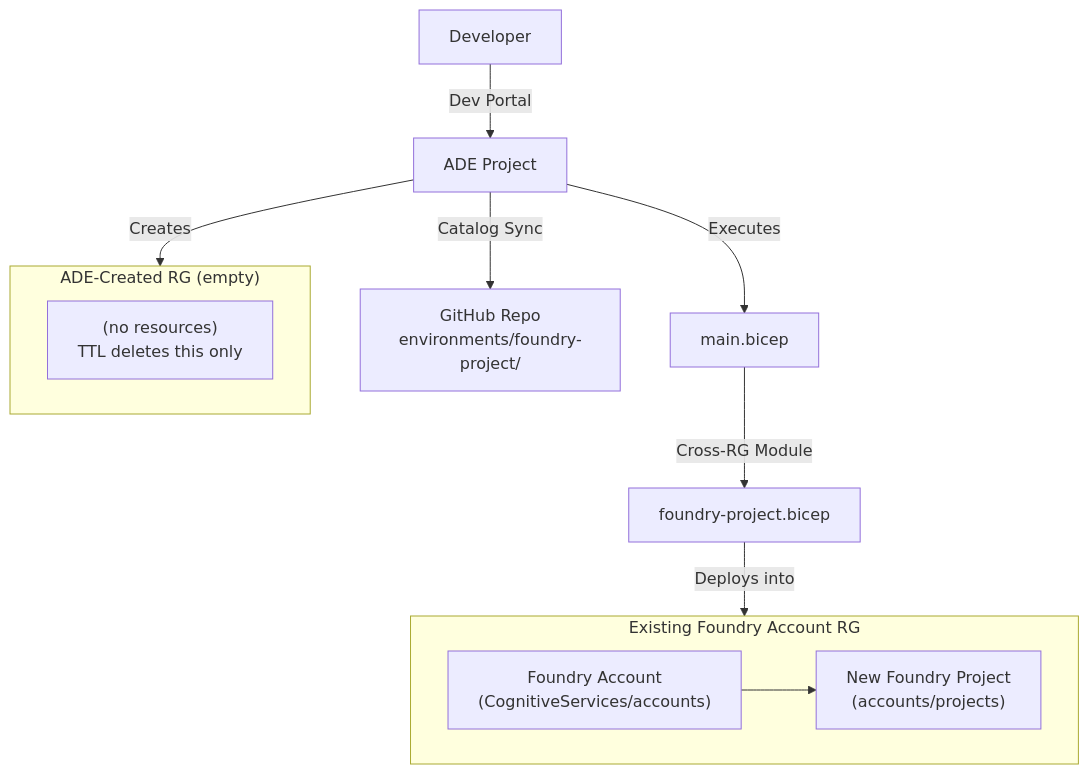
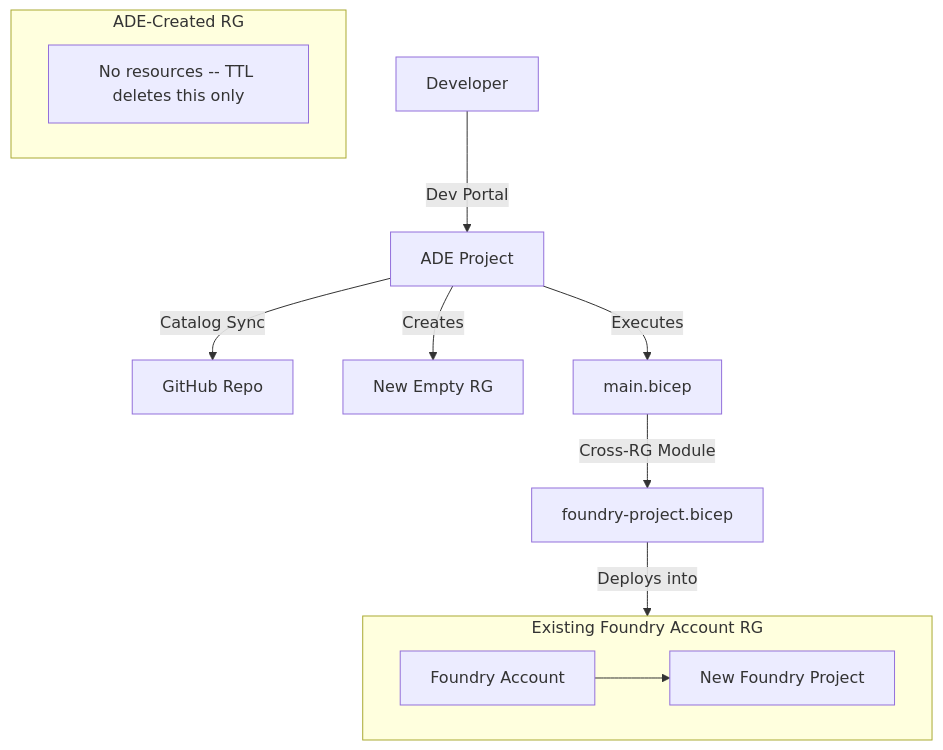
Before and after one commit to PennStateLefty/foundry-project-stack: the first of 2 diagrams in docs/ade-approach.md, drawn with Mermaid. The commit also changed other lines of this file and 1 other file, not shown here.

Commit message:
fix: resolve Mermaid syntax errors in ADE and GHA pages
- ADE: node IDs reused as subgraph IDs caused parse errors; renamed
  subgraph IDs and removed emoji from node labels
- GHA: Unicode arrow and emoji in labels caused parse errors; simplified
  labels. Flattened security layers subgraph to plain chain.

````diff
--- a/docs/ade-approach.md
+++ b/docs/ade-approach.md
@@ -22,19 +22,17 @@
 ```mermaid
 flowchart TB
   Dev["Developer"] -->|"Dev Portal"| ADE["ADE Project"]
-  ADE -->|"Catalog Sync"| GH["GitHub Repo<br/>environments/foundry-project/"]
-  ADE -->|"Creates"| EmptyRG["New Empty RG<br/>(per environment)"]
+  ADE -->|"Catalog Sync"| GH["GitHub Repo"]
+  ADE -->|"Creates"| EmptyRG["New Empty RG"]
   ADE -->|"Executes"| Bicep["main.bicep"]
   Bicep -->|"Cross-RG Module"| FP["foundry-project.bicep"]
-  FP -->|"Deploys into"| TargetRG["Foundry Account RG"]
+  FP -->|"Deploys into"| FoundryRG
 
-  subgraph TargetRG["Existing Foundry Account RG"]
-    Account["Foundry Account<br/>(CognitiveServices/accounts)"]
-    Project["New Foundry Project<br/>(accounts/projects)"]
-    Account --> Project
+  subgraph FoundryRG["Existing Foundry Account RG"]
+    Account["Foundry Account"] --> Project["New Foundry Project"]
   end
 
-  subgraph EmptyRG["ADE-Created RG (empty)"]
-    Nothing["(no resources)<br/>TTL deletes this only"]
+  subgraph AdeRG["ADE-Created RG"]
+    Nothing["No resources -- TTL deletes this only"]
   end
 ```
````
